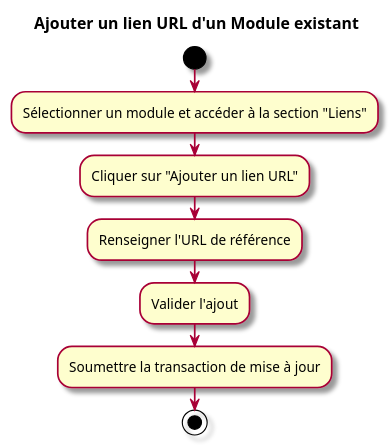
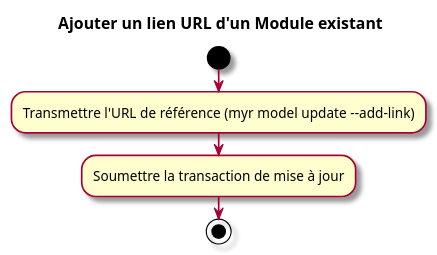
Before and after one commit to olivaux/myr: the second of 2 diagrams in specs/1-Expression/UCMOD-Module/UCMOD03.md, drawn with PlantUML. The commit also changed other lines of this file and 65 other files, not shown here.

````diff
--- a/specs/1-Expression/UCMOD-Module/UCMOD03.md
+++ b/specs/1-Expression/UCMOD-Module/UCMOD03.md
@@ -59,13 +62,10 @@
 ```plantuml
 @startuml
 skin rose
 title Ajouter un lien URL d'un Module existant
 start
-:Sélectionner un module et accéder à la section "Liens";
-:Cliquer sur "Ajouter un lien URL";
-:Renseigner l'URL de référence;
-:Valider l'ajout;
+:Transmettre l'URL de référence (myr model update --add-link);
 :Soumettre la transaction de mise à jour;
 stop
 @enduml
 ```
````
